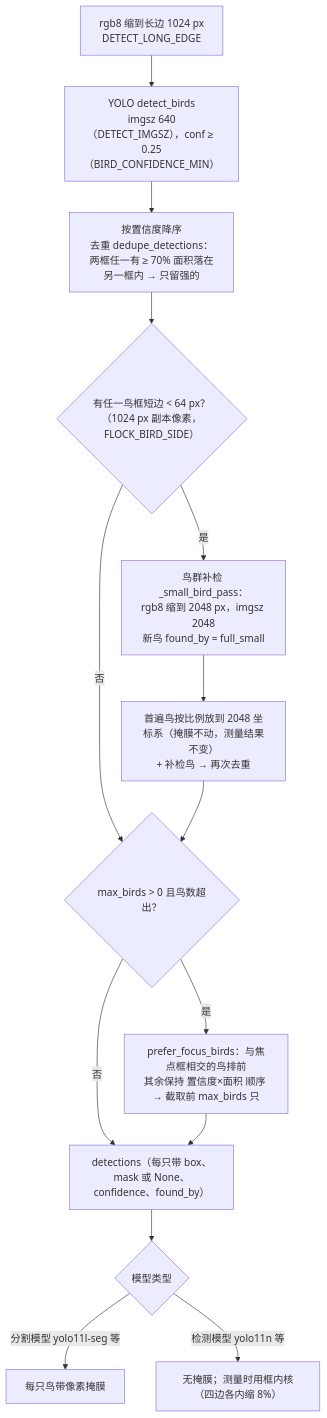
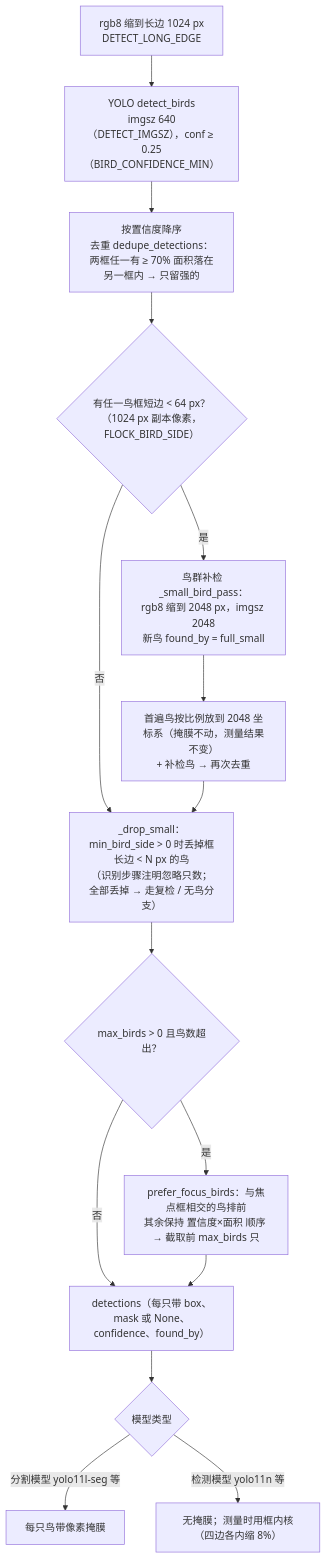
One commit to OscarKing888/SuperBirdTools changed the fourth of 17 diagrams in docs/bird_sharpness_flowchart.md. Above: the diagram before and after it, drawn with Mermaid. The commit also changed other lines of this file and 10 other files, not shown here.

````diff
--- a/docs/bird_sharpness_flowchart.md
+++ b/docs/bird_sharpness_flowchart.md
@@ -118,16 +119,17 @@
 ```mermaid
 flowchart TD
     A["rgb8 缩到长边 1024 px<br/>DETECT_LONG_EDGE"] --> B["YOLO detect_birds<br/>imgsz 640（DETECT_IMGSZ），conf ≥ 0.25（BIRD_CONFIDENCE_MIN）"]
     B --> C["按置信度降序<br/>去重 dedupe_detections：<br/>两框任一有 ≥ 70% 面积落在另一框内 → 只留强的"]
     C --> D{"有任一鸟框短边 < 64 px？<br/>（1024 px 副本像素，FLOCK_BIRD_SIDE）"}
     D -->|是| E["鸟群补检 _small_bird_pass：<br/>rgb8 缩到 2048 px，imgsz 2048<br/>新鸟 found_by = full_small"]
     E --> F["首遍鸟按比例放到 2048 坐标系（掩膜不动，测量结果不变）<br/>+ 补检鸟 → 再次去重"]
-    D -->|否| G
-    F --> G{"max_birds > 0 且鸟数超出？"}
+    D -->|否| H0
+    F --> H0["_drop_small：min_bird_side > 0 时丢掉框长边 < N px 的鸟<br/>（识别步骤注明忽略只数；全部丢掉 → 走复检 / 无鸟分支）"]
+    H0 --> G{"max_birds > 0 且鸟数超出？"}
     G -->|是| H["prefer_focus_birds：与焦点框相交的鸟排前<br/>其余保持 置信度×面积 顺序 → 截取前 max_birds 只"]
     G -->|否| I
     H --> I["detections（每只带 box、mask 或 None、confidence、found_by）"]
     I --> J{"模型类型"}
     J -->|分割模型 yolo11l-seg 等| K["每只鸟带像素掩膜"]
     J -->|检测模型 yolo11n 等| L["无掩膜；测量时用框内核（四边各内缩 8%）"]
 ```
````
